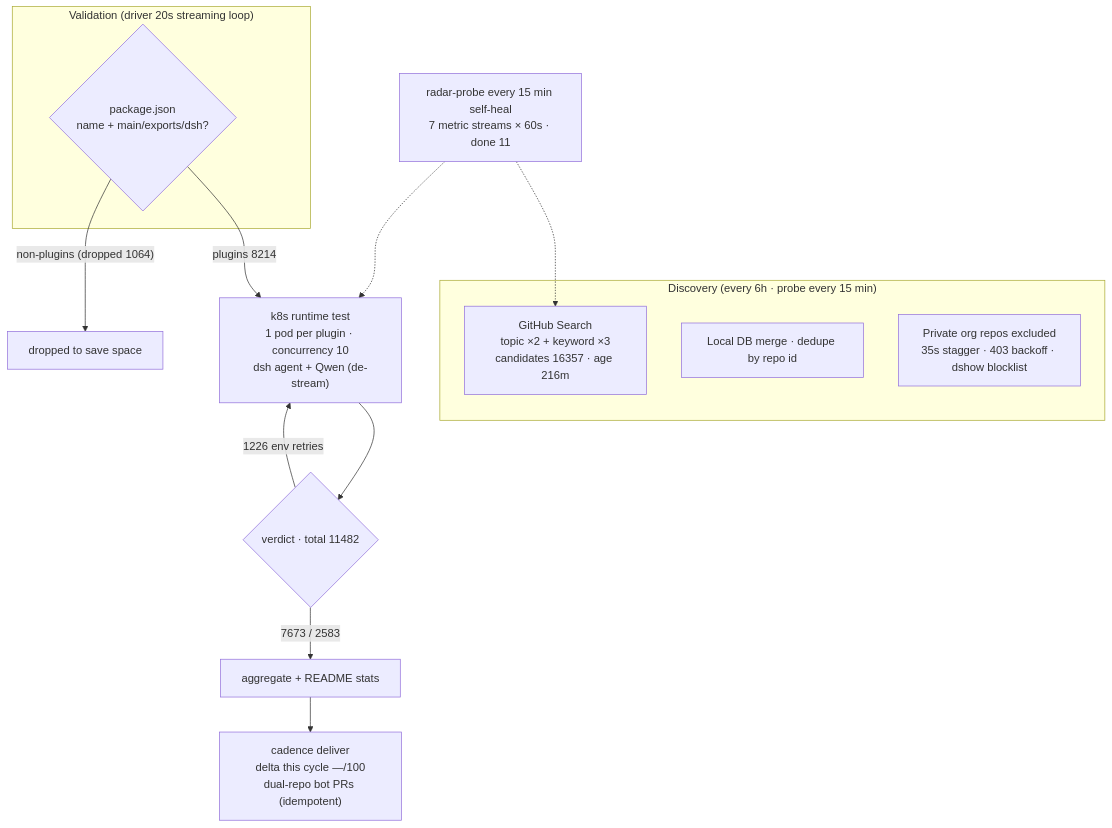
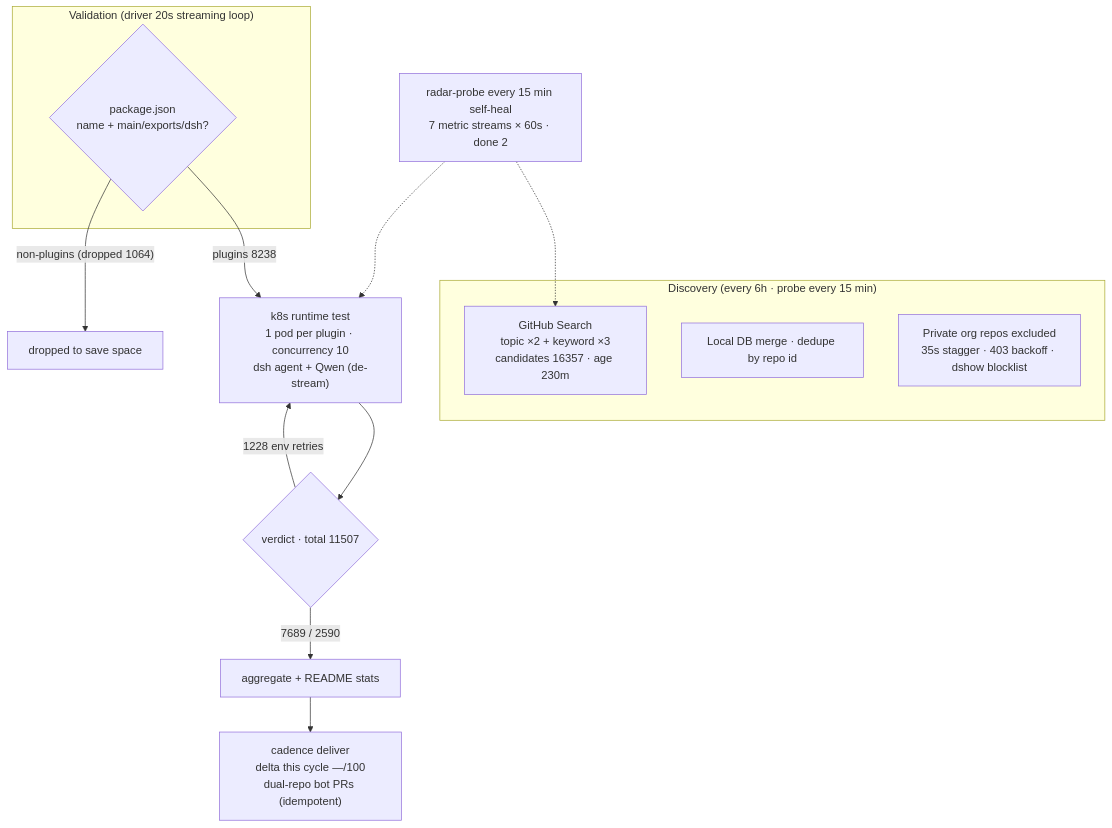
One commit to AdamPlatin123/awesome-dsh-plugins changed the diagram in README.en-US.md. Above: the diagram before and after it, drawn with Mermaid. The commit also changed other lines of this file and 5 other files, not shown here.

````diff
--- a/README.en-US.md
+++ b/README.en-US.md
@@ -45,20 +45,20 @@
 ```mermaid
 flowchart TB
     subgraph Discovery["Discovery (every 6h · probe every 15 min)"]
-        A1["GitHub Search<br/>topic ×2 + keyword ×3<br/>candidates 16357 · age 216m"]
+        A1["GitHub Search<br/>topic ×2 + keyword ×3<br/>candidates 16357 · age 230m"]
         A2["Local DB merge · dedupe by repo id"]
         A3["Private org repos excluded<br/>35s stagger · 403 backoff · dshow blocklist"]
     end
     subgraph Validation["Validation (driver 20s streaming loop)"]
         B1{"package.json<br/>name + main/exports/dsh?"}
     end
-    B1 -->|"plugins 8214"| C1["k8s runtime test<br/>1 pod per plugin · concurrency 10<br/>dsh agent + Qwen (de-stream)"]
+    B1 -->|"plugins 8238"| C1["k8s runtime test<br/>1 pod per plugin · concurrency 10<br/>dsh agent + Qwen (de-stream)"]
     B1 -->|"non-plugins (dropped 1064)"| B3["dropped to save space"]
-    C1 --> D1{"verdict · total 11482"}
-    D1 -->|"7673 / 2583"| E1["aggregate + README stats"]
-    D1 -->|"1226 env retries"| C1
+    C1 --> D1{"verdict · total 11507"}
+    D1 -->|"7689 / 2590"| E1["aggregate + README stats"]
+    D1 -->|"1228 env retries"| C1
     E1 --> E2["cadence deliver<br/>delta this cycle —/100<br/>dual-repo bot PRs (idempotent)"]
-    M["radar-probe every 15 min self-heal<br/>7 metric streams × 60s · done 11"]
+    M["radar-probe every 15 min self-heal<br/>7 metric streams × 60s · done 2"]
     M -.-> A1
     M -.-> C1
 ```
````
